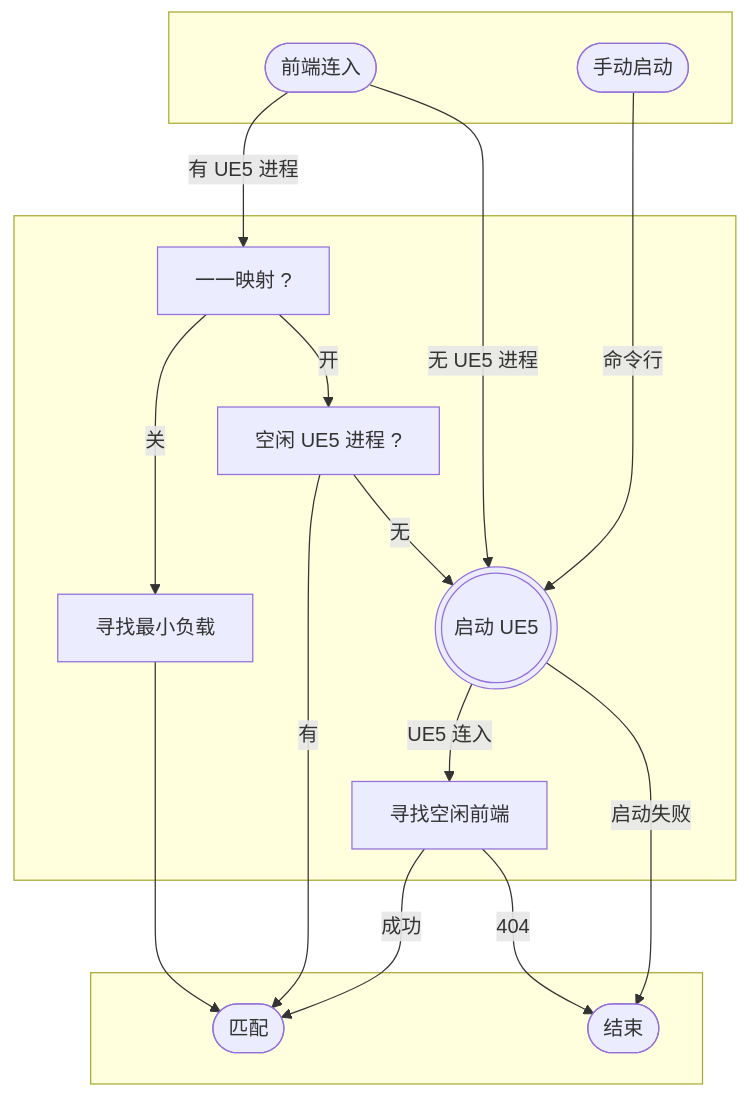
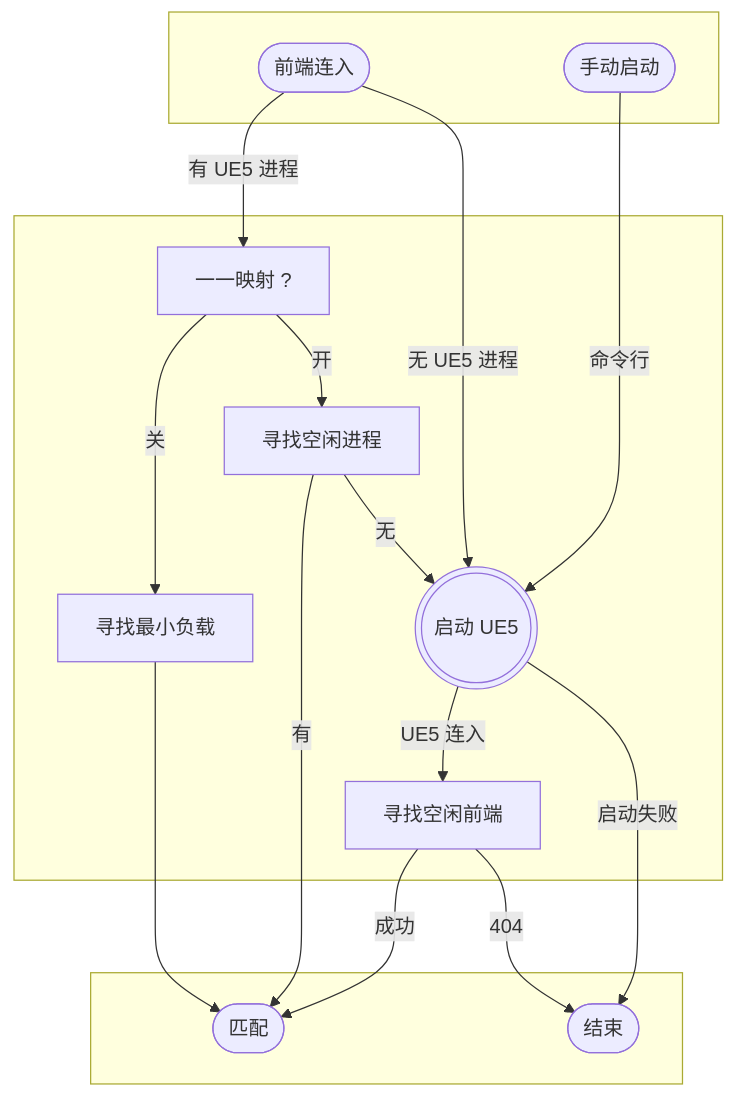
The diagram in README-zh.md (Mu-L/peer-stream), drawn with Mermaid before and after one commit.

````diff
--- a/README-zh.md
+++ b/README-zh.md
@@ -64,35 +64,35 @@
 ```mermaid
 flowchart TD;
     subgraph  
         player([前端连入]);
         manual([手动启动])
     end
 
     subgraph   
         finish([结束]);
         match([匹配]);
     end
 
     subgraph  
         claim[寻找空闲前端];
         start --UE5 连入--> claim;
         idle --有--> match;
         start --启动失败--> finish;
         map121 --关--> min ---> match;  
        
         map121[一一映射 ?];
         start(((启动 UE5)));
-        idle[空闲 UE5 进程 ?];
+        idle[寻找空闲进程];
         min[寻找最小负载];
     
         idle --无--> start;
         player -- 有 UE5 进程 --> map121;
         map121 --开--> idle; 
         player -- 无 UE5 进程 --> start;
        
         claim --成功--> match;
         claim --404--> finish;
 
         manual  --命令行--> start;
     end
 ```
````
